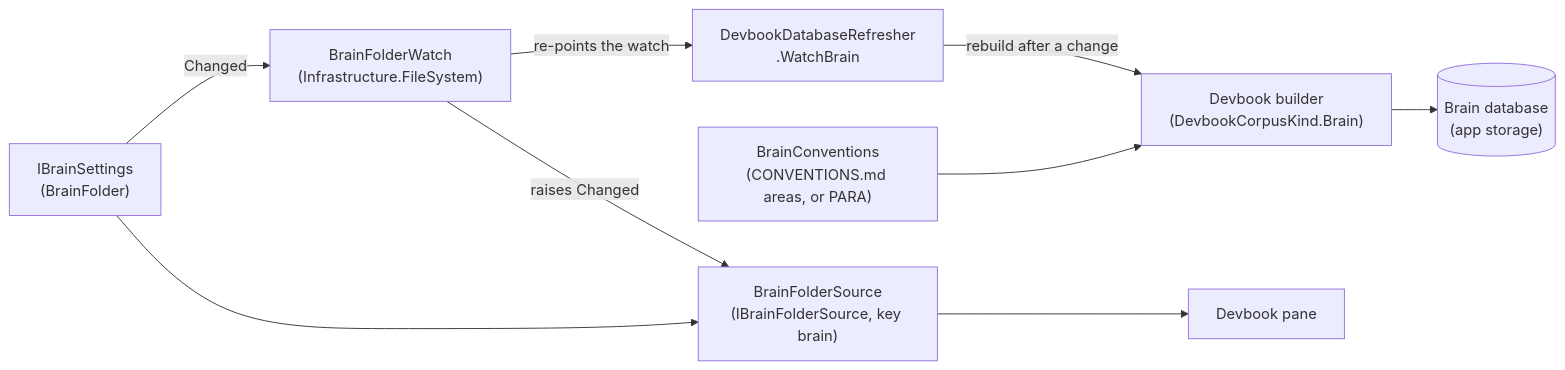
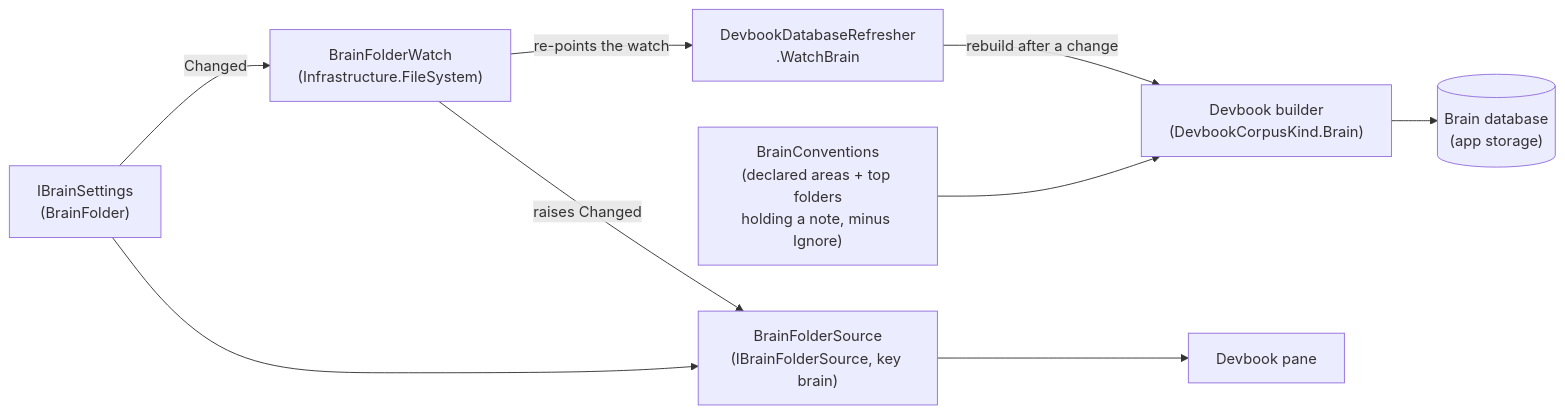
One commit to JSdotNet/Backlog changed the third of 9 diagrams in .devbook/arc42/05-building-block-view.md. Above: the diagram before and after it, drawn with Mermaid. The commit also changed other lines of this file and 46 other files, not shown here.

First line of the commit message:
feat(brain): tabs follow the folders on disk, with an Ignore list and Show hidden

````diff
--- a/.devbook/arc42/05-building-block-view.md
+++ b/.devbook/arc42/05-building-block-view.md
@@ -266,20 +266,20 @@
 ```mermaid
 flowchart LR
   Settings["IBrainSettings\n(BrainFolder)"]
   Watch["BrainFolderWatch\n(Infrastructure.FileSystem)"]
   Refresher["DevbookDatabaseRefresher\n.WatchBrain"]
-  Conventions["BrainConventions\n(CONVENTIONS.md areas, or PARA)"]
+  Conventions["BrainConventions\n(declared areas + top folders\nholding a note, minus Ignore)"]
   Builder["Devbook builder\n(DevbookCorpusKind.Brain)"]
   Db[("Brain database\n(app storage)")]
   Source["BrainFolderSource\n(IBrainFolderSource, key brain)"]
   Pane["Devbook pane"]
 
   Settings -->|Changed| Watch
   Watch -->|re-points the watch| Refresher
   Refresher -->|rebuild after a change| Builder
   Conventions --> Builder
   Builder --> Db
   Watch -->|raises Changed| Source
   Settings --> Source
   Source --> Pane
 ```
````
